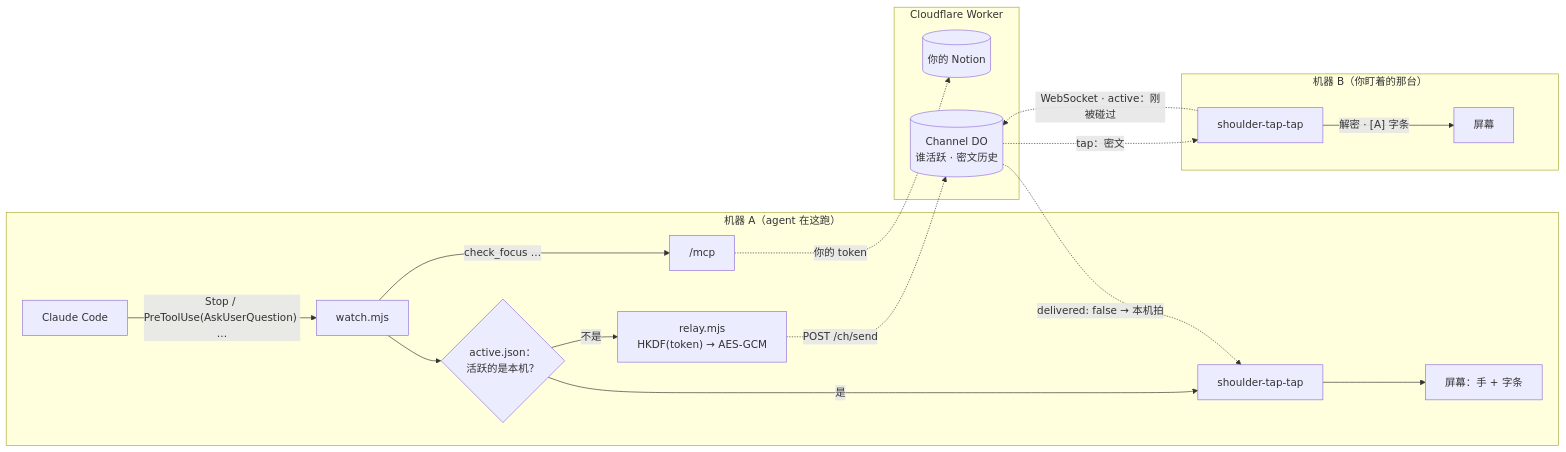
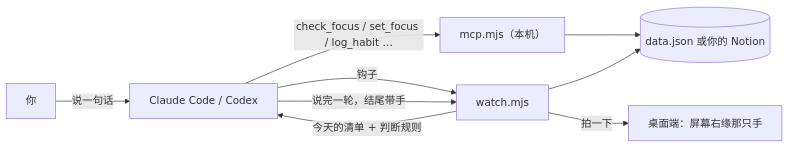
Before and after one commit to FranklinXuNorth/shoulder-tap: the diagram in README.md, drawn with Mermaid. The commit also changed other lines of this file and 49 other files, not shown here.

````diff
--- a/README.md
+++ b/README.md
@@ -107,21 +34,11 @@
 ```mermaid
 flowchart LR
-  subgraph A["机器 A（agent 在这跑）"]
-    CC["Claude Code"] -->|"Stop / PreToolUse(AskUserQuestion) …"| W["watch.mjs"]
-    W --> L{"active.json：<br/>活跃的是本机？"}
-    L -->|"是"| D["shoulder-tap-tap"] --> S["屏幕：手 + 字条"]
-    L -->|"不是"| E["relay.mjs<br/>HKDF(token) → AES-GCM"]
-    W -->|"check_focus …"| MCP["/mcp"]
-  end
-  subgraph CF["Cloudflare Worker"]
-    MCP -.->|"你的 token"| N[("你的 Notion")]
-    CH[("Channel DO<br/>谁活跃 · 密文历史")]
-  end
-  E -.->|"POST /ch/send"| CH
-  CH -.->|"delivered: false → 本机拍"| D
-  subgraph B["机器 B（你盯着的那台）"]
-    DB["shoulder-tap-tap"] -->|"解密 · [A] 字条"| SB["屏幕"]
-  end
-  DB -.->|"WebSocket · active：刚被碰过"| CH
-  CH -.->|"tap：密文"| DB
+  U["你"] -->|"说一句话"| CC["Claude Code / Codex"]
+  CC -->|"钩子"| W["watch.mjs"]
+  W -->|"今天的清单 + 判断规则"| CC
+  CC -->|"check_focus / set_focus / log_habit …"| M["mcp.mjs（本机）"]
+  M --> D[("data.json 或你的 Notion")]
+  W --> D
+  CC -->|"说完一轮，结尾带手"| W
+  W -->|"拍一下"| A["桌面端：屏幕右缘那只手"]
 ```
````
